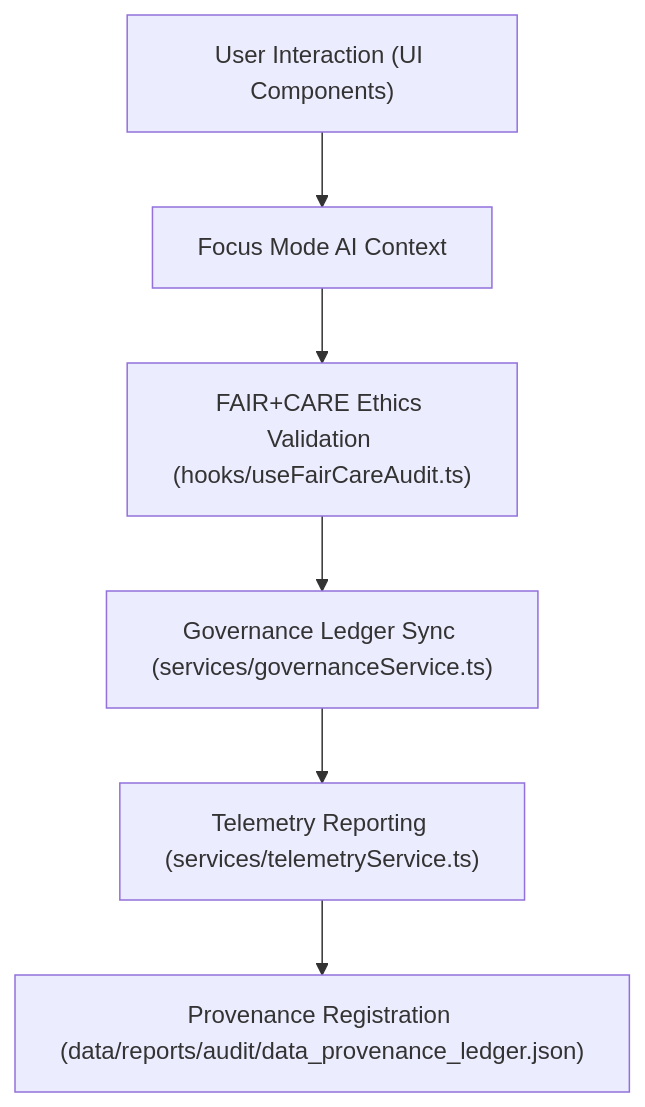
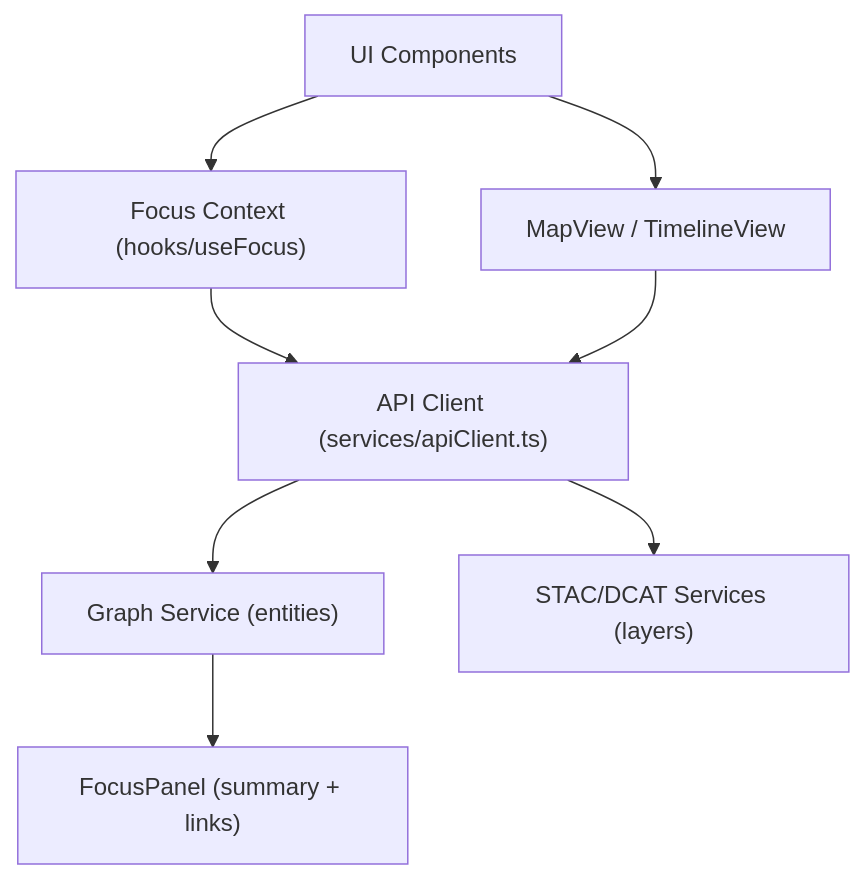
One commit to bartytime4life/Kansas-Frontier-Matrix changed the diagram in web/src/README.md. Above: the diagram before and after it, drawn with Mermaid. The commit also changed other lines of this file, not shown here.

````diff
--- a/web/src/README.md
+++ b/web/src/README.md
@@ -106,8 +102,10 @@
 ```mermaid
 flowchart TD
-    A["User Interaction (UI Components)"] --> B["Focus Mode AI Context"]
-    B --> C["FAIR+CARE Ethics Validation (hooks/useFairCareAudit.ts)"]
-    C --> D["Governance Ledger Sync (services/governanceService.ts)"]
-    D --> E["Telemetry Reporting (services/telemetryService.ts)"]
-    E --> F["Provenance Registration (data/reports/audit/data_provenance_ledger.json)"]
+A["UI Components"] --> B["Focus Context (hooks/useFocus)"]
+A --> C["MapView / TimelineView"]
+B --> D["API Client (services/apiClient.ts)"]
+C --> D
+D --> E["Graph Service (entities)"]
+D --> F["STAC/DCAT Services (layers)"]
+E --> G["FocusPanel (summary + links)"]
 ```
````
